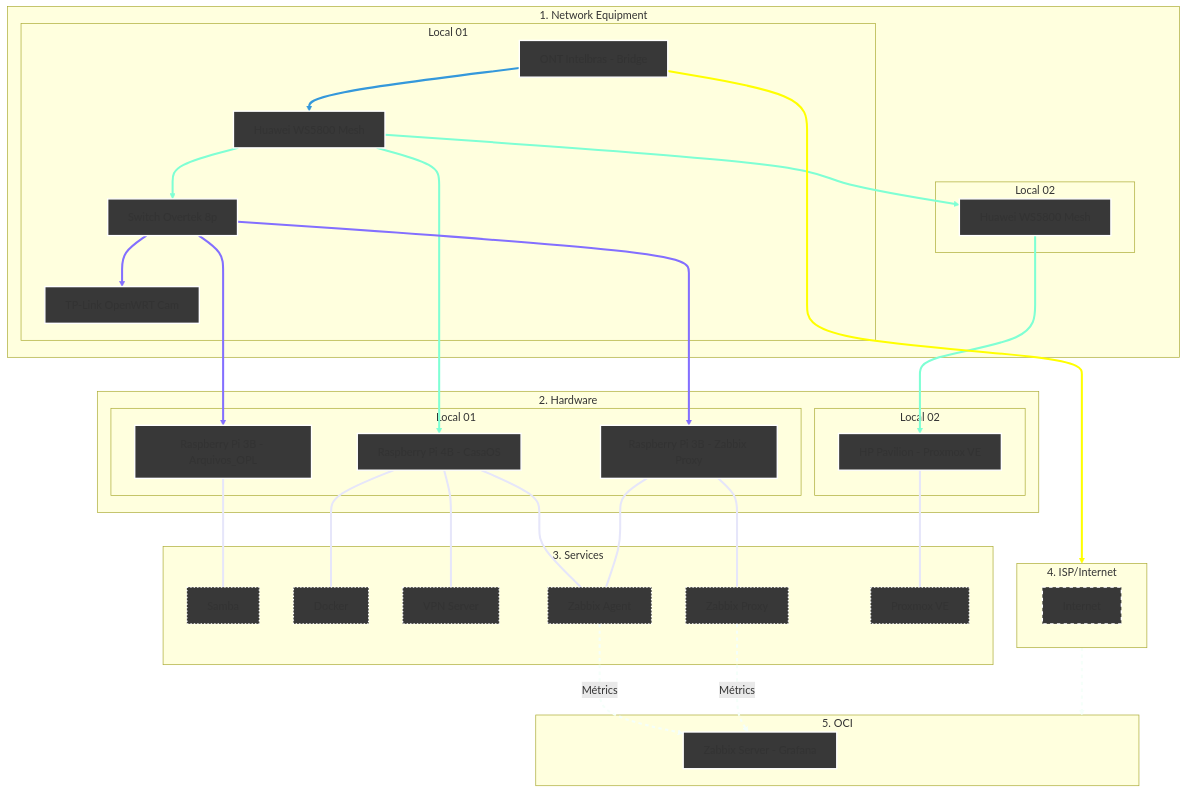
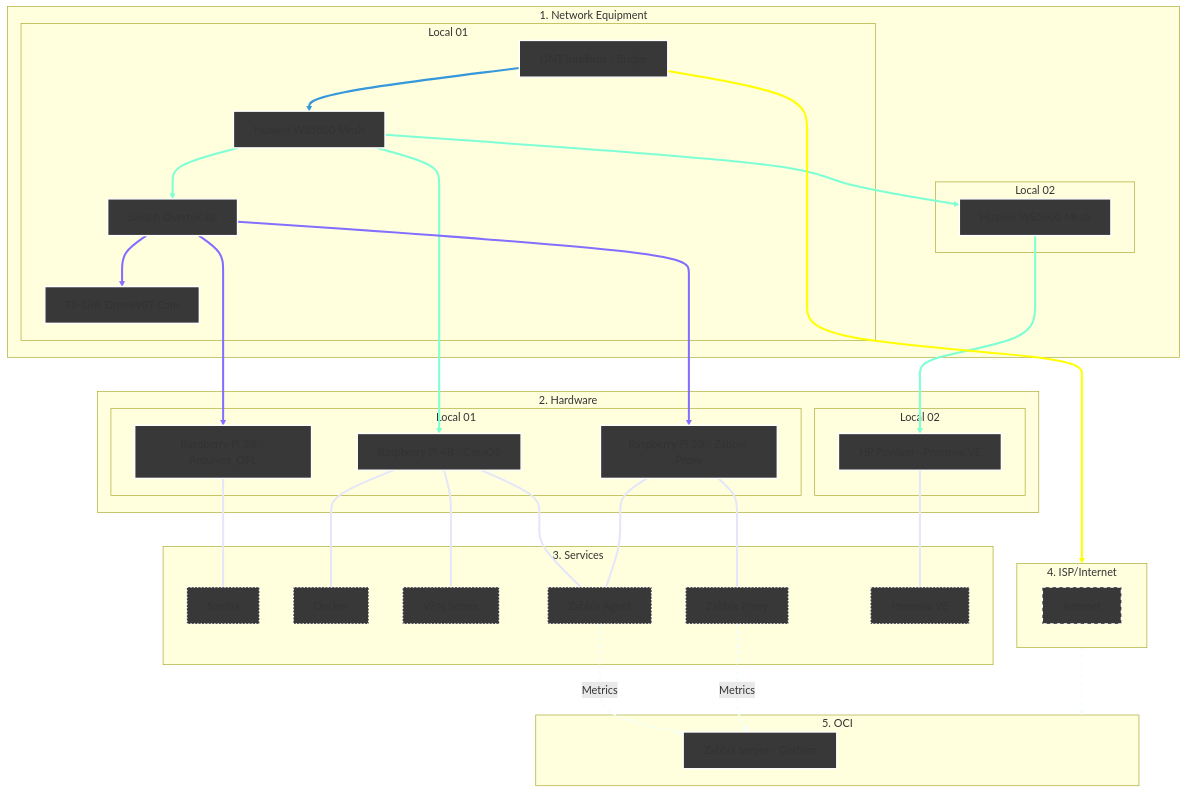
The diagram in Infrastructure/README.md (kevindexter22/Dr-Hardware-Autonet), drawn with Mermaid before and after one commit.

````diff
--- a/Infrastructure/README.md
+++ b/Infrastructure/README.md
@@ -13,72 +13,72 @@
 ```mermaid
 graph TD
     %% Styles
     classDef network fill:#383838,stroke:#FFFFFF,stroke-width:2px;
     classDef hardware fill:#383838,stroke:#FFFFFF,stroke-width:2px;
     classDef internet fill:#383838,stroke:#FFFFFF,stroke-width:2px,stroke-dasharray: 5 5;
     classDef services fill:#383838,stroke:#FFFFFF,stroke-width:2px, stroke-dasharray: 2 3;
     classDef oci fill:#383838,stroke:#FFFFFF,stroke-width:2px;
 
     %% 1. NETWORK EQUIPMENT
     subgraph Principal["1. Network Equipment"]
     subgraph S1 [Local 01]
         ONT[ONT Intelbras - Bridge]:::network --> R_Mesh1[Huawei WS5800 Mesh]:::network
         R_Mesh1 --> SW1[Switch Overtek 8p]:::network
         SW1 --> R_Cams[TP-Link OpenWRT Cam]:::network    
     end
     subgraph S2 [Local 02]
         R_Mesh1 --> R_Mesh2[Huawei WS5800 Mesh]:::network
     end
     end
     
     %% 2. HARDWARE
     subgraph Principal02["2. Hardware"]
     subgraph S3 [Local 01]
         SW1 ---> RPi3B_1[Raspberry Pi 3B - Arquivos_OPL]:::hardware
         R_Mesh1 ---> RPi4B[Raspberry Pi 4B - CasaOS]:::hardware
         SW1 ---> RPi3B_2[Raspberry Pi 3B - Zabbix Proxy]:::hardware
     end
     subgraph S4 [Local 02]
         R_Mesh2 ---> HP[HP Pavilion - Proxmox VE]:::hardware
     end
     end
 
     %% 3. SERVICES     
     subgraph S5 [3. Services];
         RPi3B_1 --- SMB1[Samba]:::services
         RPi4B --- Docker[Docker]:::services
         RPi4B --- VPN[VPN Server]:::services
         RPi4B --- ZA[Zabbix Agent]:::services
         RPi3B_2 --- ZA[Zabbix Agent]:::services
         RPi3B_2 --- ZP[Zabbix Proxy]:::services
         HP --- PVE[Proxmox VE]:::services        
     end
 
     %% 4. Internet (The Bridge)
     subgraph S6 [4. ISP/Internet]
            internet[Internet]:::internet
     end
 
     %% 5. Oracle Cloud Infrastructure
     subgraph S7 [5. OCI]
         ZS[Zabbix Server - Grafana]:::oci
     end
 
     %% Conections of data flow
     ONT --> S6
     S6 --> S7
     
     %% Logical conections
-    ZA -.-> |Métrics| ZS
-    ZP -.-> |Métrics| ZS 
+    ZA -.-> |Metrics| ZS
+    ZP -.-> |Metrics| ZS 
 
     %% --- Set collor on conections ---
     
     linkStyle 0 stroke:#3498db,stroke-width:3px;
     linkStyle 1,3,5,7 stroke:#7FFFD4,stroke-width:3px;
     linkStyle 2,4,6 stroke:#836FFF,stroke-width:3px;
     linkStyle 8,9,10,11,12,13,14 stroke:#E6E6FA,stroke-width:3px;
     linkStyle 15 stroke:#FFFF00,stroke-width:3px;
     linkStyle 16,17,18 stroke:#F5FFFA,stroke-width:3px,stroke-dasharray: 5 5;
 
 ```
````
